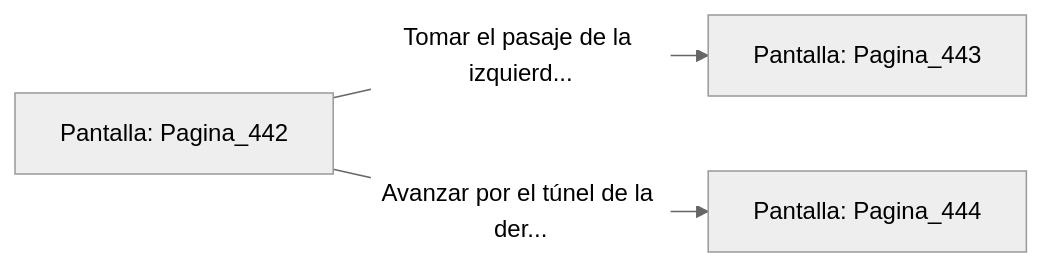
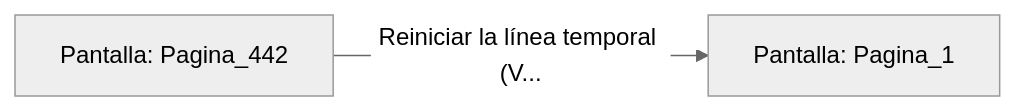
The diagram in sample/eligejuego-vault/Pantalla_Pagina_442.md (metsuke/mpl), drawn with Mermaid (neutral theme) before and after one commit. The commit also changed other lines of this file and 635 other files, not shown here.

First line of the commit message:
fix: añadir Pagina_1 como pantalla inicial en capitulo_01.mpl

````diff
--- a/sample/eligejuego-vault/Pantalla_Pagina_442.md
+++ b/sample/eligejuego-vault/Pantalla_Pagina_442.md
@@ -20,6 +17,5 @@
 ```mermaid
 graph LR
     P_Pagina_442["Pantalla: Pagina_442"]
-    P_Pagina_442 -->|"Tomar el pasaje de la izquierd..."| P_Pagina_443["Pantalla: Pagina_443"]
-    P_Pagina_442 -->|"Avanzar por el túnel de la der..."| P_Pagina_444["Pantalla: Pagina_444"]
+    P_Pagina_442 -->|"Reiniciar la línea temporal (V..."| P_Pagina_1["Pantalla: Pagina_1"]
 ```
````
